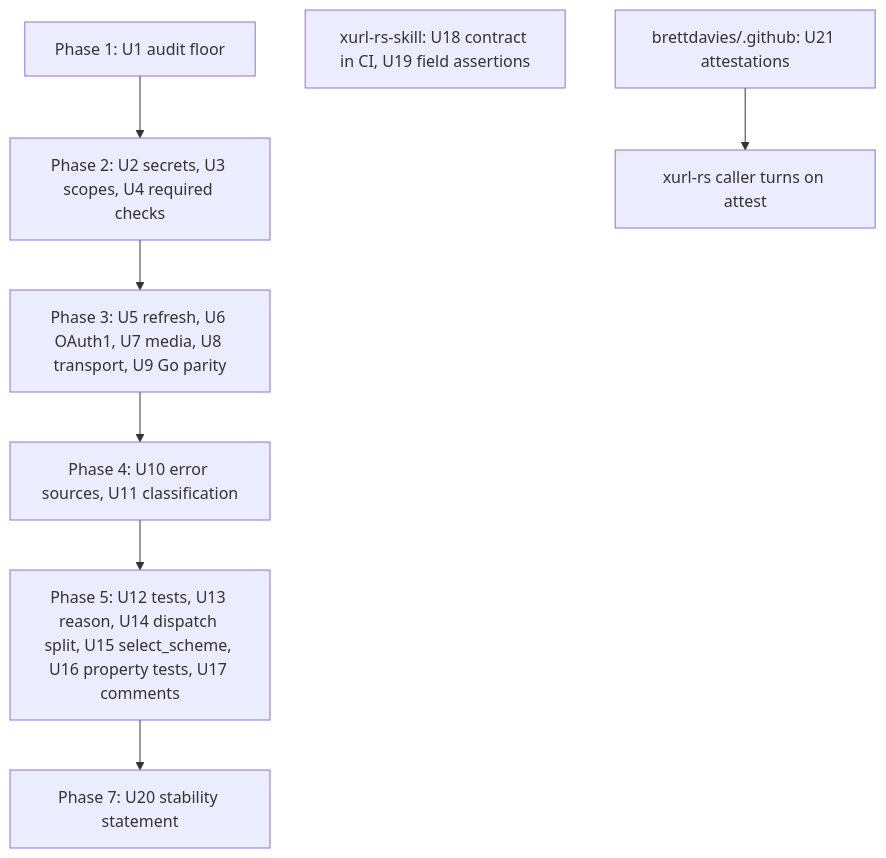
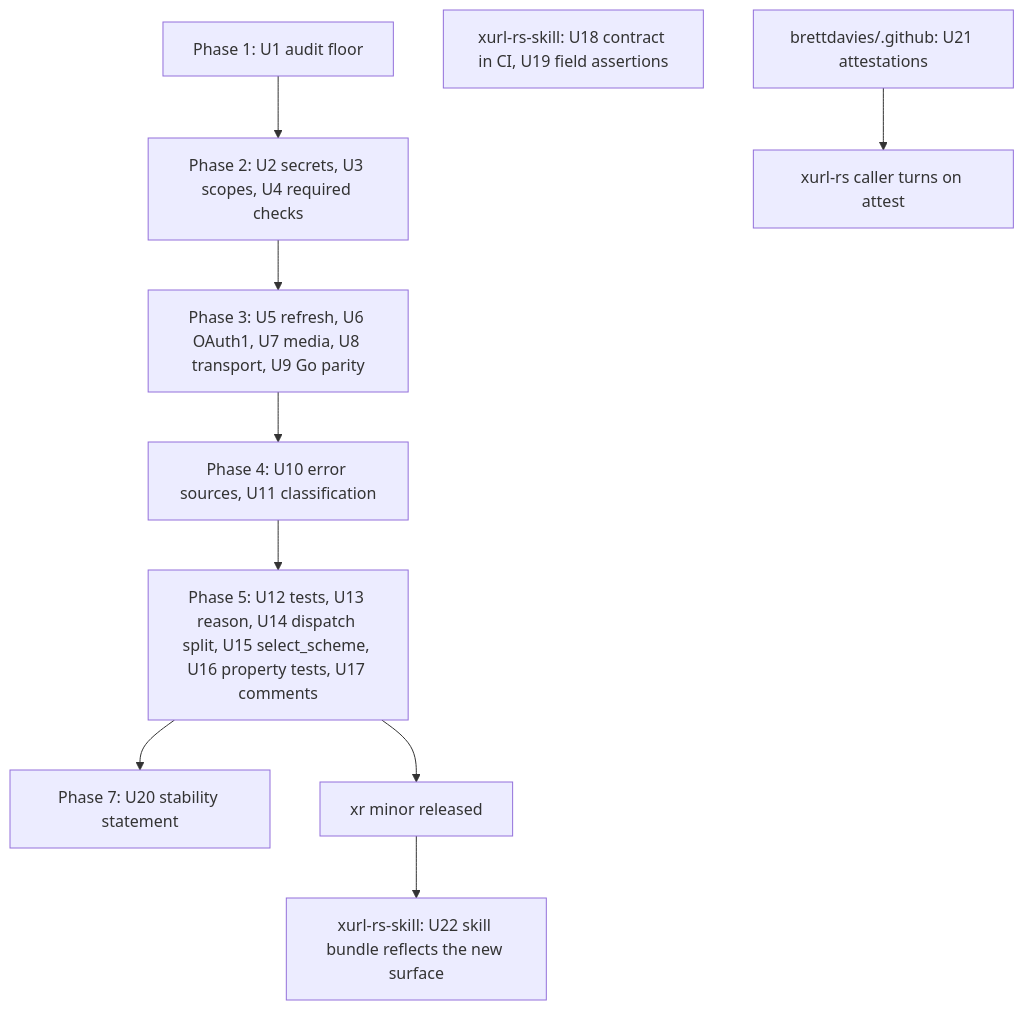
Before and after one commit to brettdavies/xurl-rs: the fifth of 5 diagrams in docs/plans/2026-10-05-2243-fix-public-review-follow-ups-plan.md, drawn with Mermaid. The commit also changed other lines of this file, not shown here.

First line of the commit message:
docs(plans): add system-wide impact, risks, and skill-bundle parity to the review follow-ups plan

````diff
--- a/docs/plans/2026-10-05-2243-fix-public-review-follow-ups-plan.md
+++ b/docs/plans/2026-10-05-2243-fix-public-review-follow-ups-plan.md
@@ -330,10 +366,11 @@
 ```mermaid
 flowchart TB
   P1[Phase 1: U1 audit floor] --> P2[Phase 2: U2 secrets, U3 scopes, U4 required checks]
   P2 --> P3[Phase 3: U5 refresh, U6 OAuth1, U7 media, U8 transport, U9 Go parity]
   P3 --> P4[Phase 4: U10 error sources, U11 classification]
   P4 --> P5[Phase 5: U12 tests, U13 reason, U14 dispatch split, U15 select_scheme, U16 property tests, U17 comments]
   P5 --> P7a[Phase 7: U20 stability statement]
   S1[xurl-rs-skill: U18 contract in CI, U19 field assertions]
   G1[brettdavies/.github: U21 attestations] --> G2[xurl-rs caller turns on attest]
+  P5 --> R[xr minor released] --> K[xurl-rs-skill: U22 skill bundle reflects the new surface]
 ```
````
